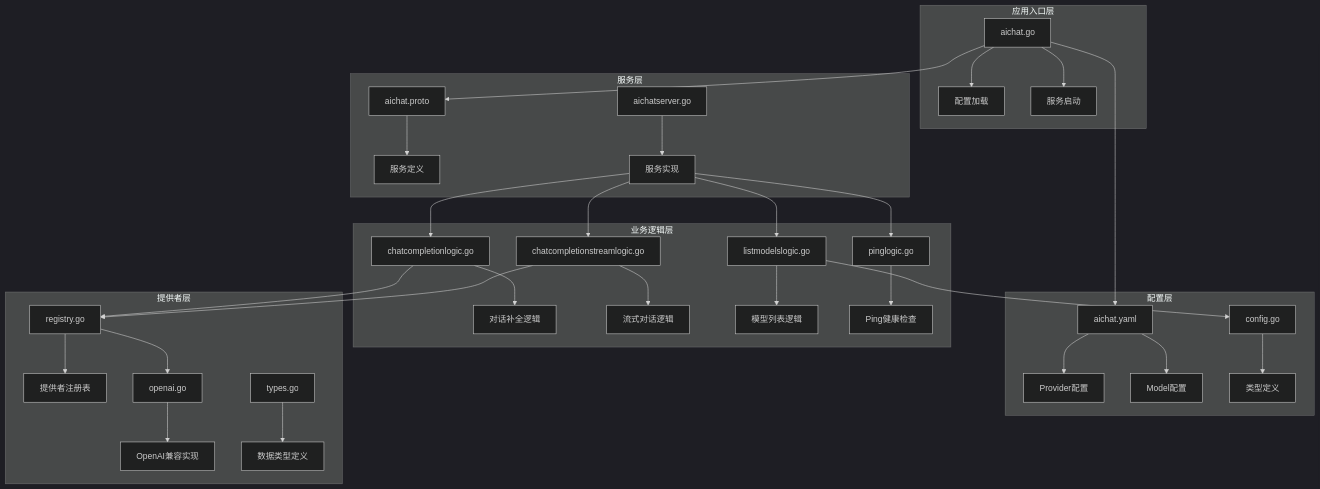
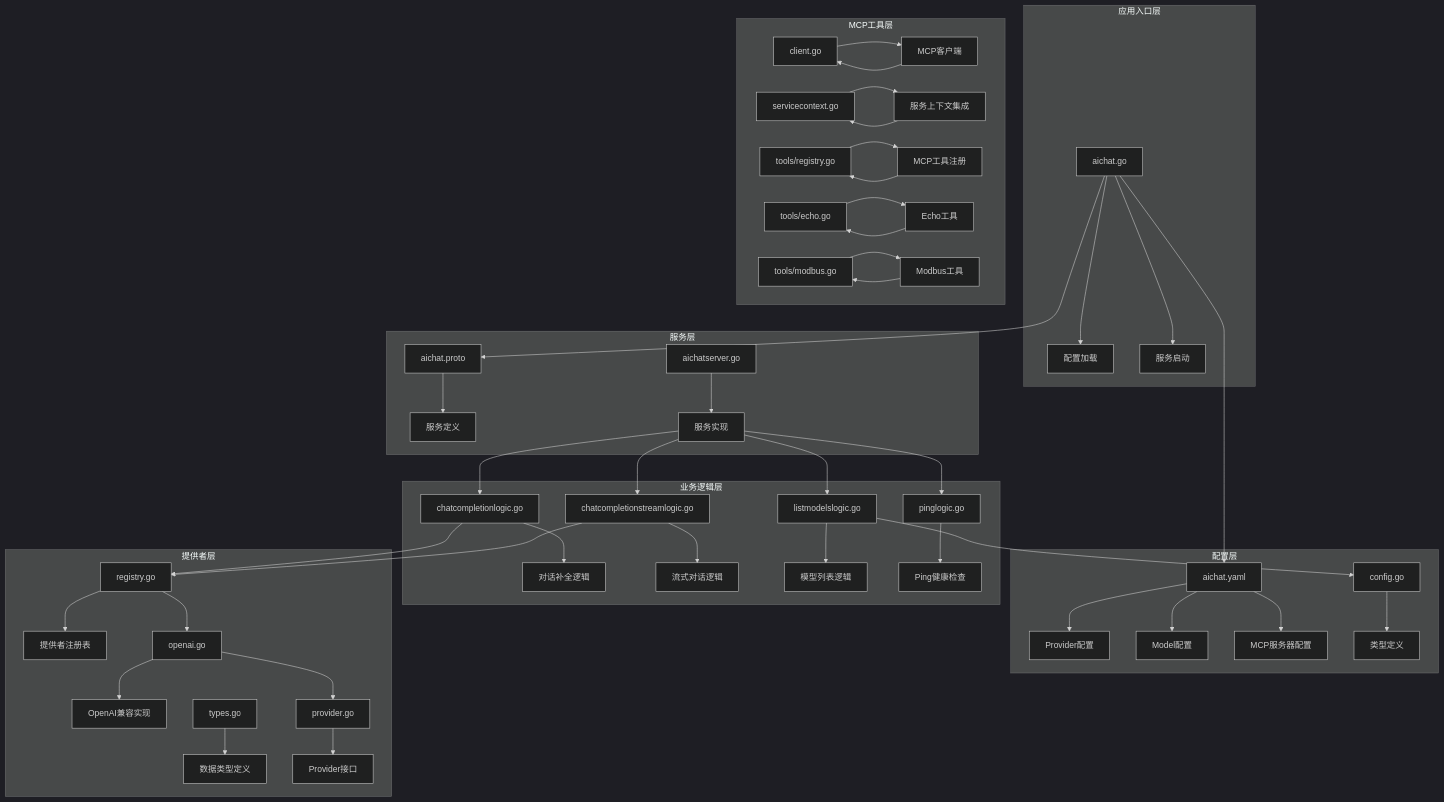
The first of 8 diagrams in .qoder/repowiki/zh/content/核心服务详解/AI聊天服务.md (maomao94/zero-service), drawn with Mermaid (dark theme) before and after one commit. The commit also changed other lines of this file and 8 other files, not shown here.

````diff
--- a/.qoder/repowiki/zh/content/核心服务详解/AI聊天服务.md
+++ b/.qoder/repowiki/zh/content/核心服务详解/AI聊天服务.md
@@ -57,37 +57,52 @@
 ```mermaid
 graph TB
 subgraph "应用入口层"
 A[aichat.go] --> B[配置加载]
 A --> C[服务启动]
 end
 subgraph "配置层"
 D[aichat.yaml] --> E[Provider配置]
 D --> F[Model配置]
-G[config.go] --> H[类型定义]
+D --> G[MCP服务器配置]
+H[config.go] --> I[类型定义]
 end
 subgraph "服务层"
-I[aichat.proto] --> J[服务定义]
-K[aichatserver.go] --> L[服务实现]
+J[aichat.proto] --> K[服务定义]
+L[aichatserver.go] --> M[服务实现]
 end
 subgraph "业务逻辑层"
-M[chatcompletionlogic.go] --> N[对话补全逻辑]
-O[chatcompletionstreamlogic.go] --> P[流式对话逻辑]
-Q[listmodelslogic.go] --> R[模型列表逻辑]
-S[pinglogic.go] --> T[Ping健康检查]
+N[chatcompletionlogic.go] --> O[对话补全逻辑]
+P[chatcompletionstreamlogic.go] --> Q[流式对话逻辑]
+R[listmodelslogic.go] --> S[模型列表逻辑]
+T[pinglogic.go] --> U[Ping健康检查]
 end
 subgraph "提供者层"
-U[registry.go] --> V[提供者注册表]
-W[openai.go] --> X[OpenAI兼容实现]
-Y[types.go] --> Z[数据类型定义]
+V[registry.go] --> W[提供者注册表]
+X[openai.go] --> Y[OpenAI兼容实现]
+Z[types.go] --> AA[数据类型定义]
+BB[provider.go] --> CC[Provider接口]
+end
+subgraph "MCP工具层"
+DD[client.go] --> EE[MCP客户端]
+FF[servicecontext.go] --> GG[服务上下文集成]
+HH[tools/registry.go] --> II[MCP工具注册]
+JJ[tools/echo.go] --> KK[Echo工具]
+LL[tools/modbus.go] --> MM[Modbus工具]
 end
 A --> D
-A --> I
-L --> M
-L --> O
-L --> Q
-L --> S
-M --> U
-O --> U
-Q --> G
-U --> W
+A --> J
+M --> N
+M --> P
+M --> R
+M --> T
+N --> V
+P --> V
+R --> H
+V --> X
+X --> BB
+EE --> DD
+GG --> FF
+II --> HH
+KK --> JJ
+MM --> LL
 ```
````
